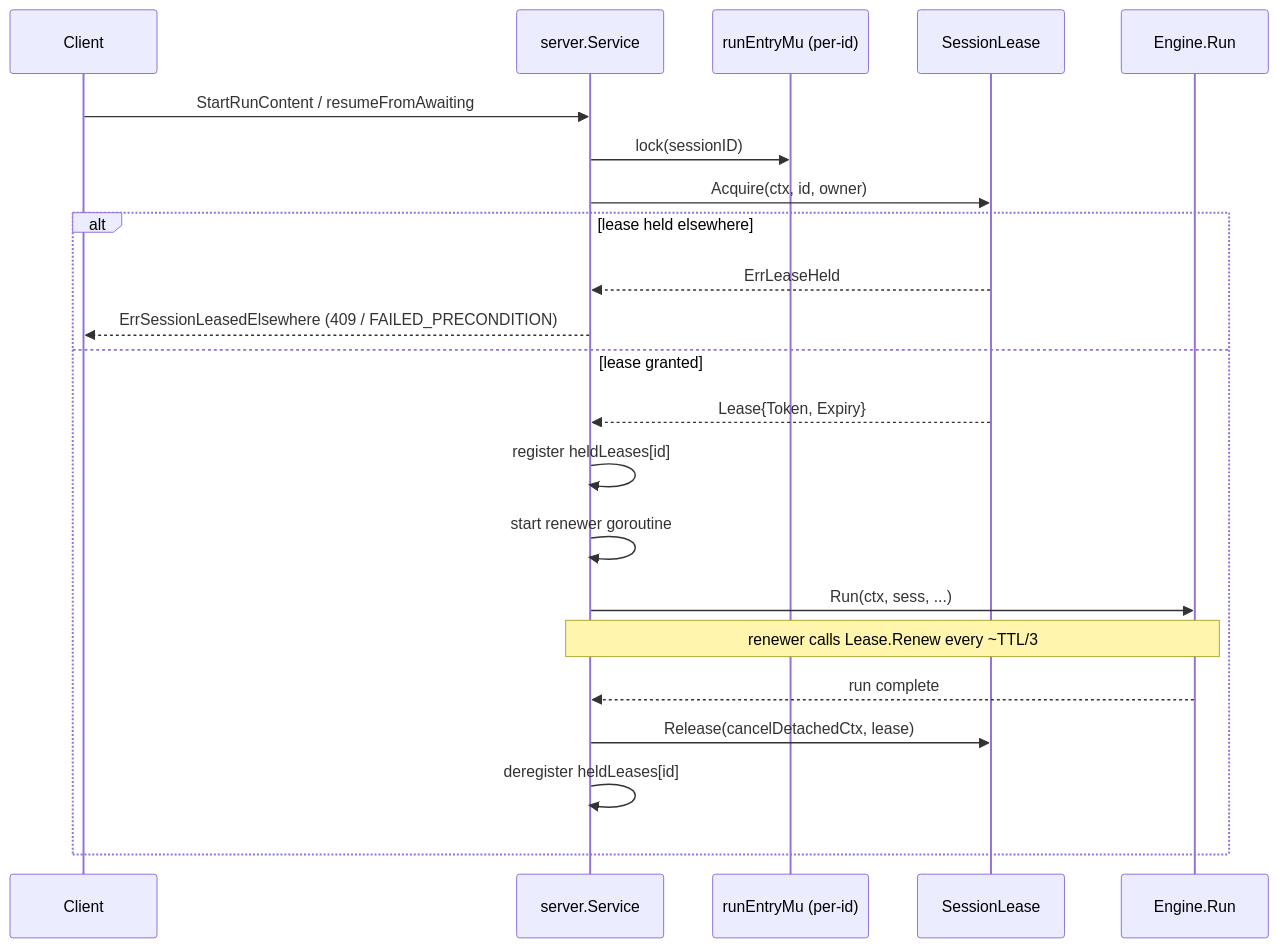
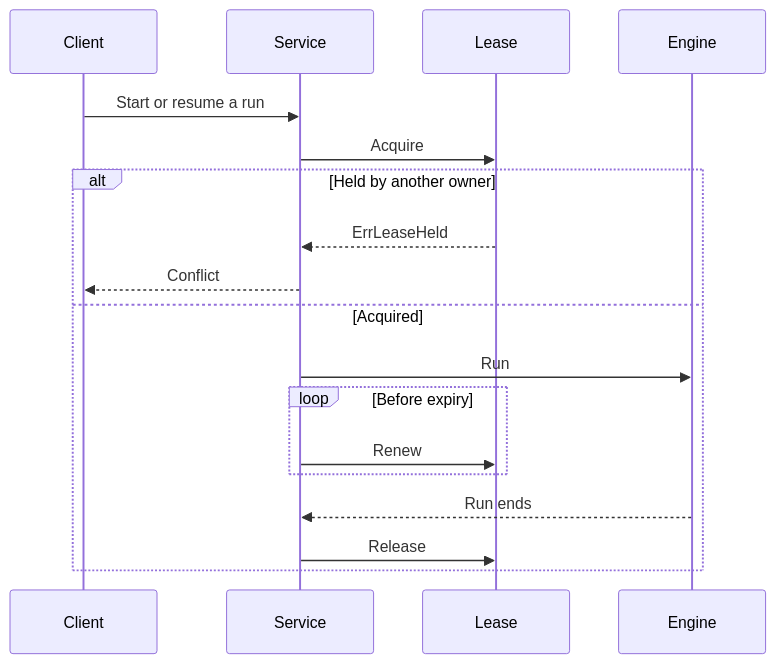
Before and after one commit to Sanskarzz/mecatl: the diagram in user-docs/building/extension-points/session-lease.md, drawn with Mermaid. The commit also changed other lines of this file and 8 other files, not shown here.

````diff
--- a/user-docs/building/extension-points/session-lease.md
+++ b/user-docs/building/extension-points/session-lease.md
@@ -93,25 +65,21 @@
 ```mermaid
 sequenceDiagram
-  participant C as Client
-  participant S as server.Service
-  participant M as runEntryMu (per-id)
-  participant L as SessionLease
-  participant E as Engine.Run
+    participant Client
+    participant Service
+    participant Lease
+    participant Engine
 
-  C->>S: StartRunContent / resumeFromAwaiting
-  S->>M: lock(sessionID)
-  S->>L: Acquire(ctx, id, owner)
-  alt lease held elsewhere
-    L-->>S: ErrLeaseHeld
-    S-->>C: ErrSessionLeasedElsewhere (409 / FAILED_PRECONDITION)
-  else lease granted
-    L-->>S: Lease{Token, Expiry}
-    S->>S: register heldLeases[id]
-    S->>S: start renewer goroutine
-    S->>E: Run(ctx, sess, ...)
-    Note over S,E: renewer calls Lease.Renew every ~TTL/3
-    E-->>S: run complete
-    S->>L: Release(cancelDetachedCtx, lease)
-    S->>S: deregister heldLeases[id]
-  end
+    Client->>Service: Start or resume a run
+    Service->>Lease: Acquire
+    alt Held by another owner
+        Lease-->>Service: ErrLeaseHeld
+        Service-->>Client: Conflict
+    else Acquired
+        Service->>Engine: Run
+        loop Before expiry
+            Service->>Lease: Renew
+        end
+        Engine-->>Service: Run ends
+        Service->>Lease: Release
+    end
 ```
````
